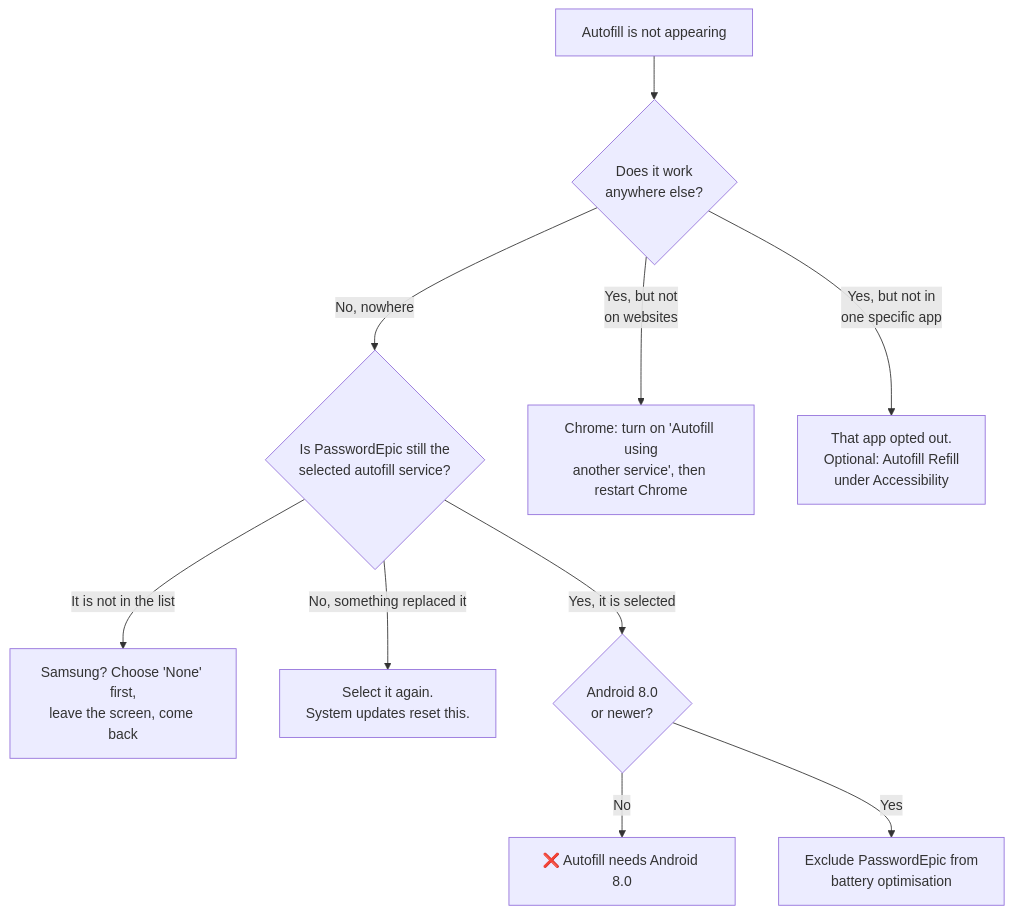
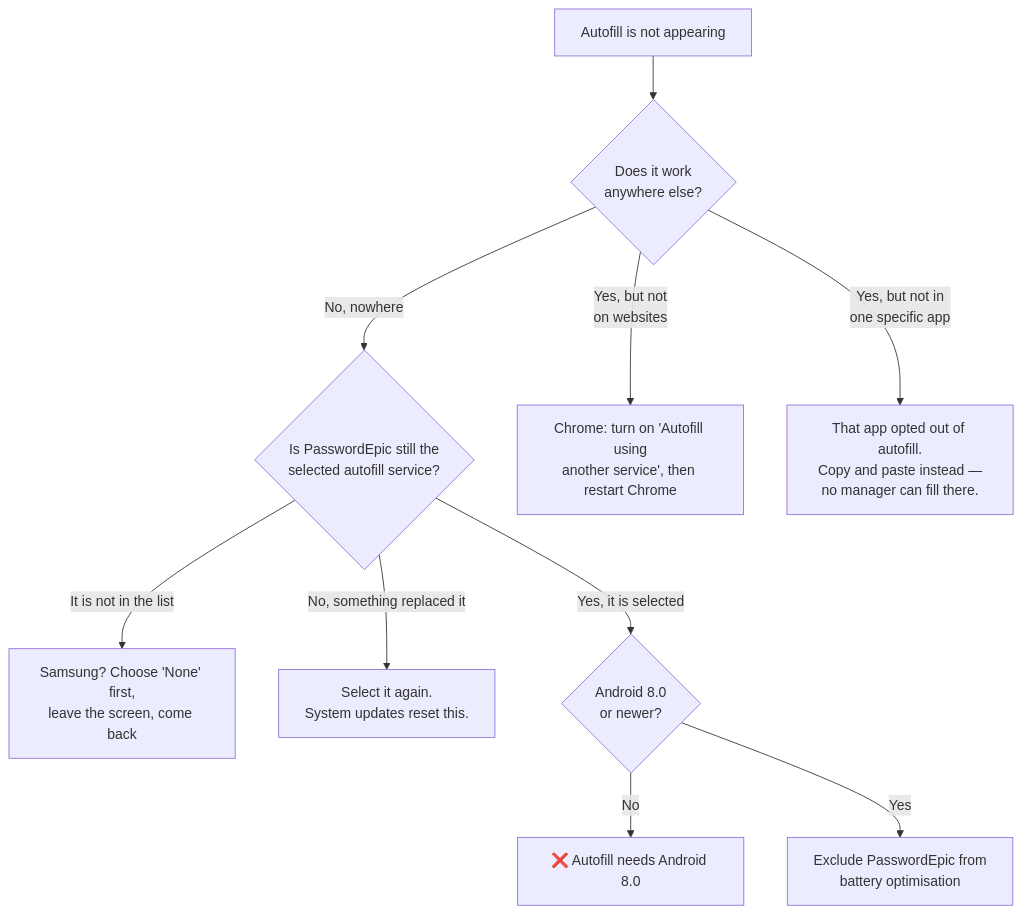
One commit to TuPhung369/passwordepic-website changed the first of 3 diagrams in docs/faq.md. Above: the diagram before and after it, drawn with Mermaid. The commit also changed other lines of this file and 3 other files, not shown here.

````diff
--- a/docs/faq.md
+++ b/docs/faq.md
@@ -22,12 +22,12 @@
 ```mermaid
 flowchart TD
   A["Autofill is not appearing"] --> B{"Does it work<br/>anywhere else?"}
   B -->|"No, nowhere"| C{"Is PasswordEpic still the<br/>selected autofill service?"}
   C -->|"It is not in the list"| C1["Samsung? Choose 'None' first,<br/>leave the screen, come back"]
   C -->|"No, something replaced it"| C2["Select it again.<br/>System updates reset this."]
   C -->|"Yes, it is selected"| D{"Android 8.0<br/>or newer?"}
   D -->|"No"| D1["❌ Autofill needs Android 8.0"]
   D -->|"Yes"| D2["Exclude PasswordEpic from<br/>battery optimisation"]
   B -->|"Yes, but not<br/>on websites"| E["Chrome: turn on 'Autofill using<br/>another service', then restart Chrome"]
-  B -->|"Yes, but not in<br/>one specific app"| F["That app opted out.<br/>Optional: Autofill Refill<br/>under Accessibility"]
+  B -->|"Yes, but not in<br/>one specific app"| F["That app opted out of autofill.<br/>Copy and paste instead —<br/>no manager can fill there."]
 ```
````
